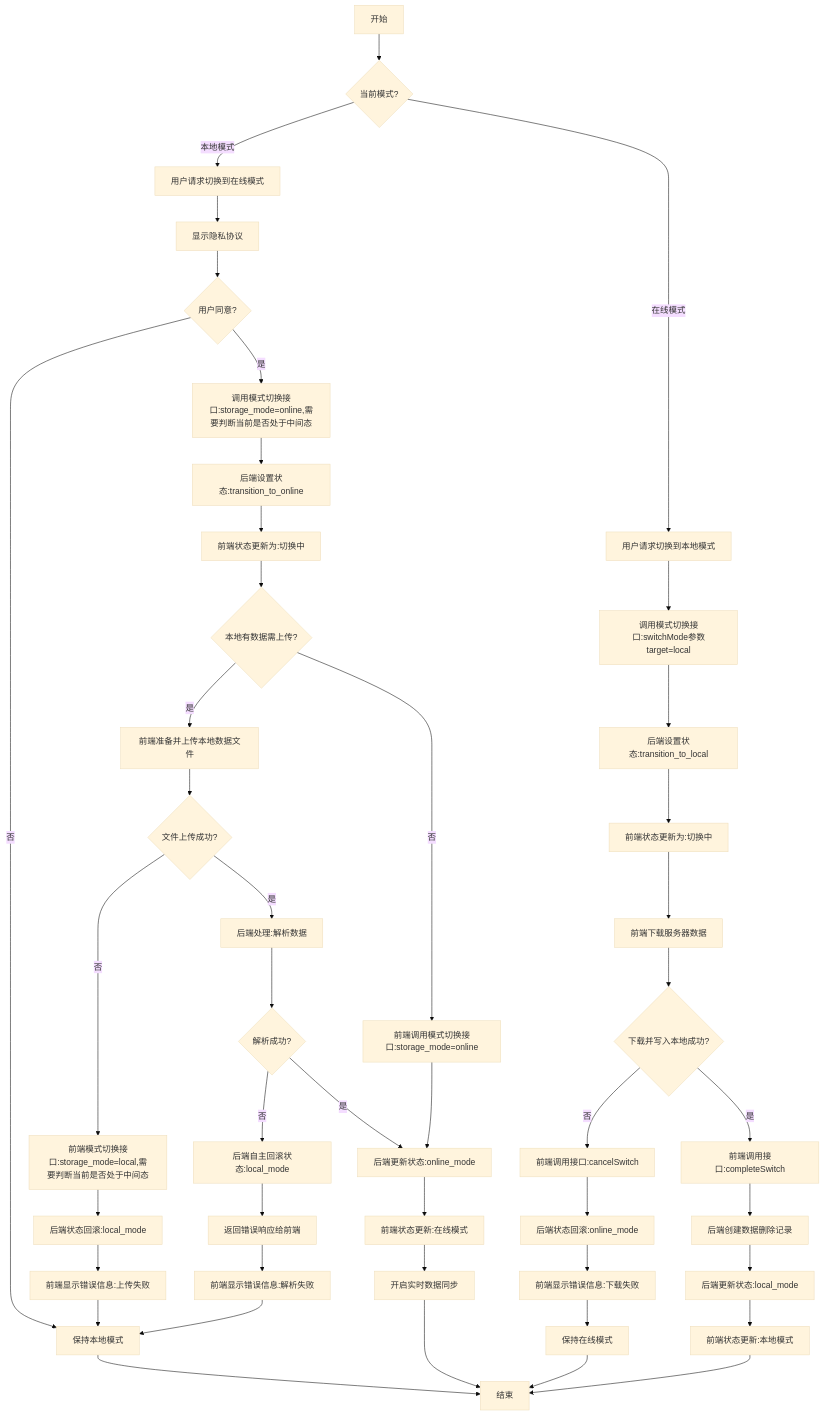
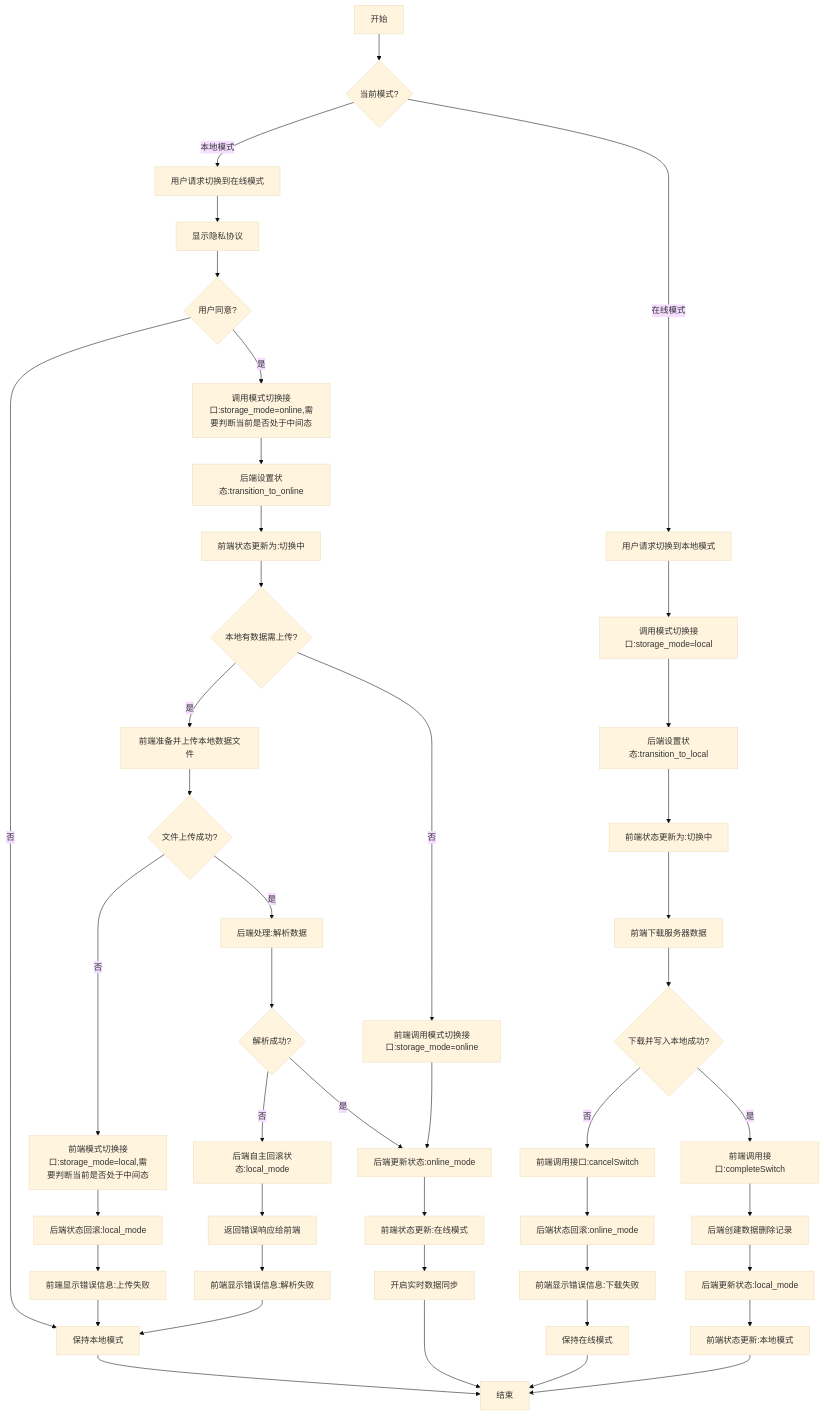
Before and after one commit to yingjianzh/iodraw-files: the diagram in all/未命名-58.md, drawn with Mermaid (base theme).

Commit message:
2025-05-14 10:46:57 update

````diff
--- a/all/未命名-58.md
+++ b/all/未命名-58.md
@@ -1,68 +1,68 @@
 ```mermaid
 flowchart TD
     A[开始] --> B{当前模式?}
     
     %% 本地模式转在线模式
     B -->|本地模式| C[用户请求切换到在线模式]
     C --> D[显示隐私协议]
     D --> E{用户同意?}
 
     E -->|否| F[保持本地模式]
     F --> Z[结束]
     
     E -->|是| G[调用模式切换接口:storage_mode=online,需要判断当前是否处于中间态]
     G --> H[后端设置状态:transition_to_online]
     H --> I[前端状态更新为:切换中]
     
     I --> J{本地有数据需上传?}
     
     %% 有本地数据需上传的情况
     J -->|是| K[前端准备并上传本地数据文件]
     K --> L{文件上传成功?}
     
     %% 上传失败的情况
     L -->|否| M[前端模式切换接口:storage_mode=local,需要判断当前是否处于中间态]
     M --> N[后端状态回滚:local_mode]
     N --> O[前端显示错误信息:上传失败]
     O --> F
     
     %% 上传成功但解析失败的情况
     L -->|是| P[后端处理:解析数据]
     P --> Q{解析成功?}
     Q -->|否| R[后端自主回滚状态:local_mode]
     R --> S[返回错误响应给前端]
     S --> T[前端显示错误信息:解析失败]
     T --> F
     
     %% 全部成功的情况
     Q -->|是| U[后端更新状态:online_mode]
     J -->|否| V[前端调用模式切换接口:storage_mode=online]
     V --> U
     
     U --> W[前端状态更新:在线模式]
     W --> X[开启实时数据同步]
     X --> Z
     
     %% 在线模式转本地模式
     B -->|在线模式| AA[用户请求切换到本地模式]
-    AA --> AB[调用模式切换接口:switchMode参数target=local]
+    AA --> AB[调用模式切换接口:storage_mode=local]
     AB --> AC[后端设置状态:transition_to_local]
     AC --> AD[前端状态更新为:切换中]
     
     AD --> AE[前端下载服务器数据]
     AE --> AF{下载并写入本地成功?}
     
     %% 下载失败的情况
     AF -->|否| AG[前端调用接口:cancelSwitch]
     AG --> AH[后端状态回滚:online_mode]
     AH --> AI[前端显示错误信息:下载失败]
     AI --> AJ[保持在线模式]
     AJ --> Z
     
     %% 下载成功的情况
     AF -->|是| AK[前端调用接口:completeSwitch]
     AK --> AL[后端创建数据删除记录]
     AL --> AM[后端更新状态:local_mode]
     AM --> AN[前端状态更新:本地模式]
     AN --> Z
 ```
````
